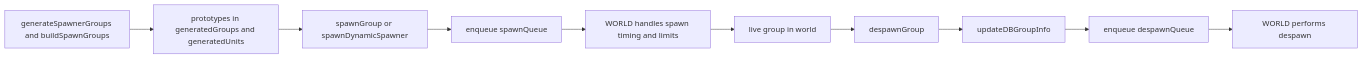
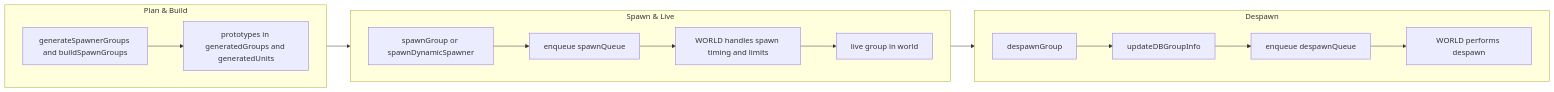
One commit to Gh0st352/AETHR changed the seventh of 7 diagrams in docs/spawner/spawn_despawn.md. Above: the diagram before and after it, drawn with Mermaid. The commit also changed other lines of this file and 9 other files, not shown here.

First line of the commit message:
docs(spawner, mermaid): restructure diagrams and clarify headings

````diff
--- a/docs/spawner/spawn_despawn.md
+++ b/docs/spawner/spawn_despawn.md
@@ -131,12 +169,24 @@
 ```mermaid
+%% shared theme: docs/_mermaid/theme.json %%
 flowchart LR
-  PLAN[generateSpawnerGroups and buildSpawnGroups] --> PROTO[prototypes in generatedGroups and generatedUnits]
-  PROTO --> SPAWN[spawnGroup or spawnDynamicSpawner]
-  SPAWN --> Q[enqueue spawnQueue]
-  Q --> WORLD[WORLD handles spawn timing and limits]
-  WORLD --> LIVE[live group in world]
-  LIVE --> DESP[despawnGroup]
-  DESP --> SNAP[updateDBGroupInfo]
-  SNAP --> DQ[enqueue despawnQueue]
-  DQ --> W2[WORLD performs despawn]
+  subgraph "Plan & Build"
+    direction LR
+    PLAN[generateSpawnerGroups and buildSpawnGroups] --> PROTO[prototypes in generatedGroups and generatedUnits]
+  end
+  subgraph "Spawn & Live"
+    direction LR
+    PROTO --> SPAWN[spawnGroup or spawnDynamicSpawner]
+    SPAWN --> Q[enqueue spawnQueue]
+    Q --> WORLD[WORLD handles spawn timing and limits]
+    WORLD --> LIVE[live group in world]
+  end
+  subgraph "Despawn"
+    direction LR
+    LIVE --> DESP[despawnGroup]
+    DESP --> SNAP[updateDBGroupInfo]
+    SNAP --> DQ[enqueue despawnQueue]
+    DQ --> W2[WORLD performs despawn]
+  end
+  class PLAN class_io;
+  class PROTO,SPAWN,Q,WORLD,LIVE,DESP,SNAP,DQ,W2 class_step;
 ```
````
